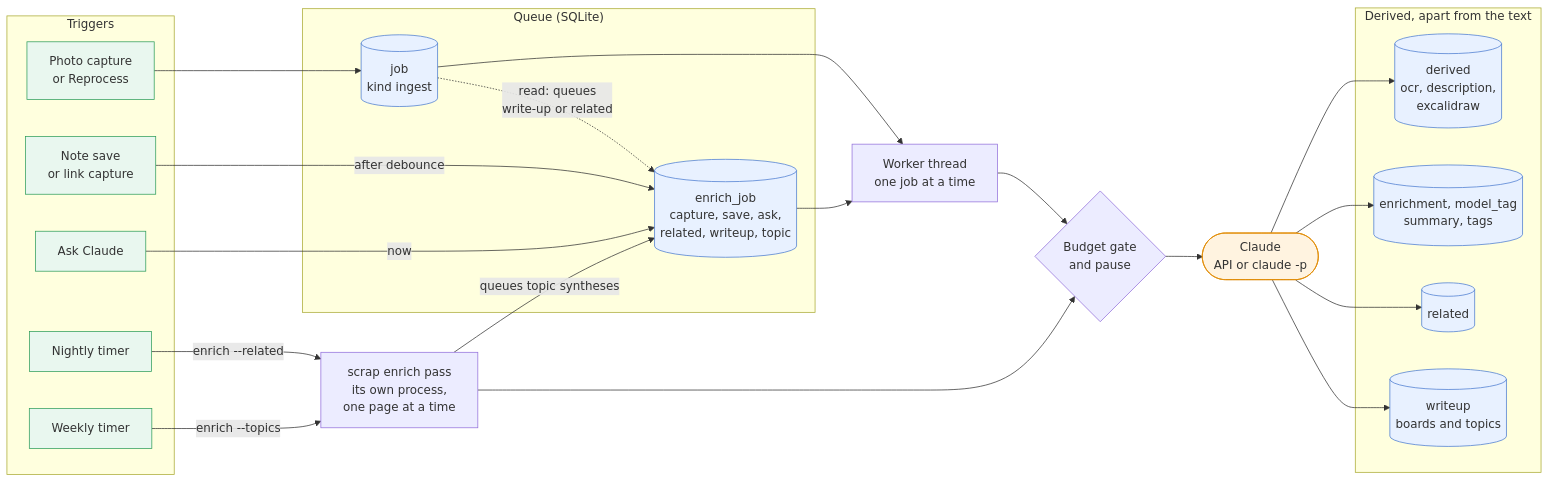
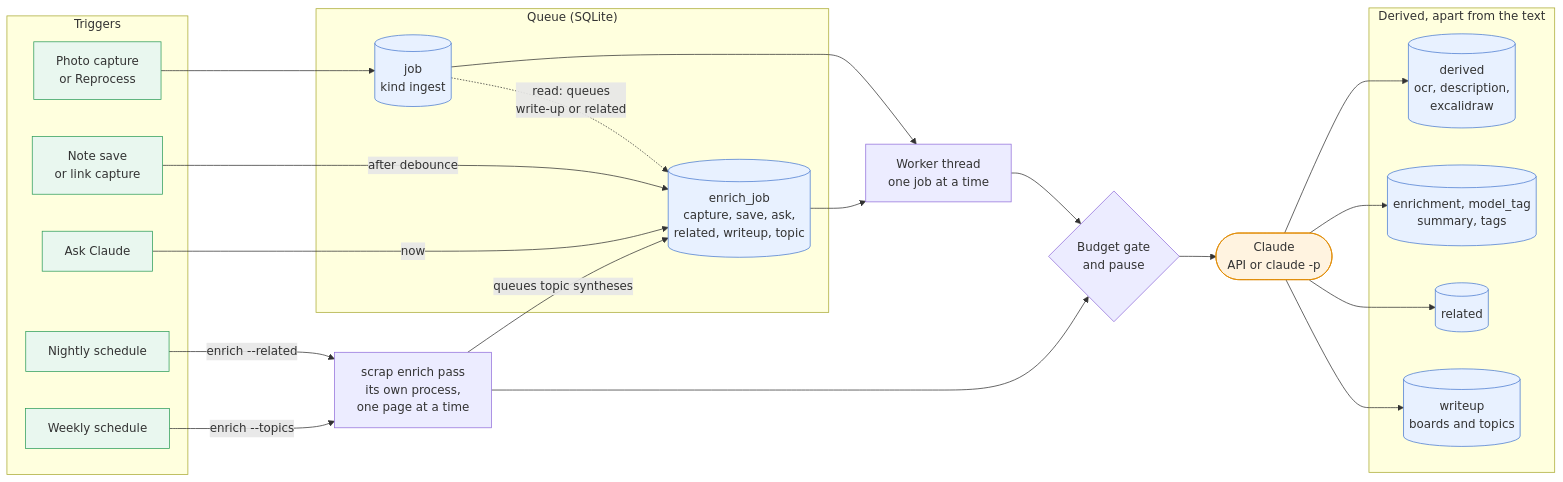
One commit to gilesknap/scrap changed the first of 3 diagrams in docs/explanations/architecture/claude-pipeline.md. Above: the diagram before and after it, drawn with Mermaid. The commit also changed other lines of this file and 15 other files, not shown here.

First line of the commit message:
docs: reference and architecture match the code and the Litestream layout

````diff
--- a/docs/explanations/architecture/claude-pipeline.md
+++ b/docs/explanations/architecture/claude-pipeline.md
@@ -17,39 +17,39 @@
 ```mermaid
 flowchart LR
     subgraph IN["Triggers"]
         photo["Photo capture<br/>or Reprocess"]:::user
         save["Note save<br/>or link capture"]:::user
         ask["Ask Claude"]:::user
-        night["Nightly timer"]:::user
-        week["Weekly timer"]:::user
+        night["Nightly schedule"]:::user
+        week["Weekly schedule"]:::user
     end
     subgraph Q["Queue (SQLite)"]
         job[("job<br/>kind ingest")]:::store
         ej[("enrich_job<br/>capture, save, ask,<br/>related, writeup, topic")]:::store
     end
     W["Worker thread<br/>one job at a time"]
     P["scrap enrich pass<br/>its own process,<br/>one page at a time"]
     G{"Budget gate<br/>and pause"}
     C(["Claude<br/>API or claude -p"]):::claude
     subgraph OUT["Derived, apart from the text"]
         d[("derived<br/>ocr, description,<br/>excalidraw")]:::store
         e[("enrichment, model_tag<br/>summary, tags")]:::store
         r[("related")]:::store
         w[("writeup<br/>boards and topics")]:::store
     end
     photo --> job
     save -->|"after debounce"| ej
     ask -->|"now"| ej
     night -->|"enrich --related"| P
     week -->|"enrich --topics"| P
     P -->|"queues topic syntheses"| ej
     job --> W
     ej --> W
     W --> G --> C
     P --> G
     C --> d & e & r & w
     job -. "read: queues<br/>write-up or related" .-> ej
     classDef store fill:#e8f1ff,stroke:#4a7bd0;
     classDef claude fill:#fff3e0,stroke:#e08a00;
     classDef user fill:#e9f7ef,stroke:#2e9d5b;
 ```
````
